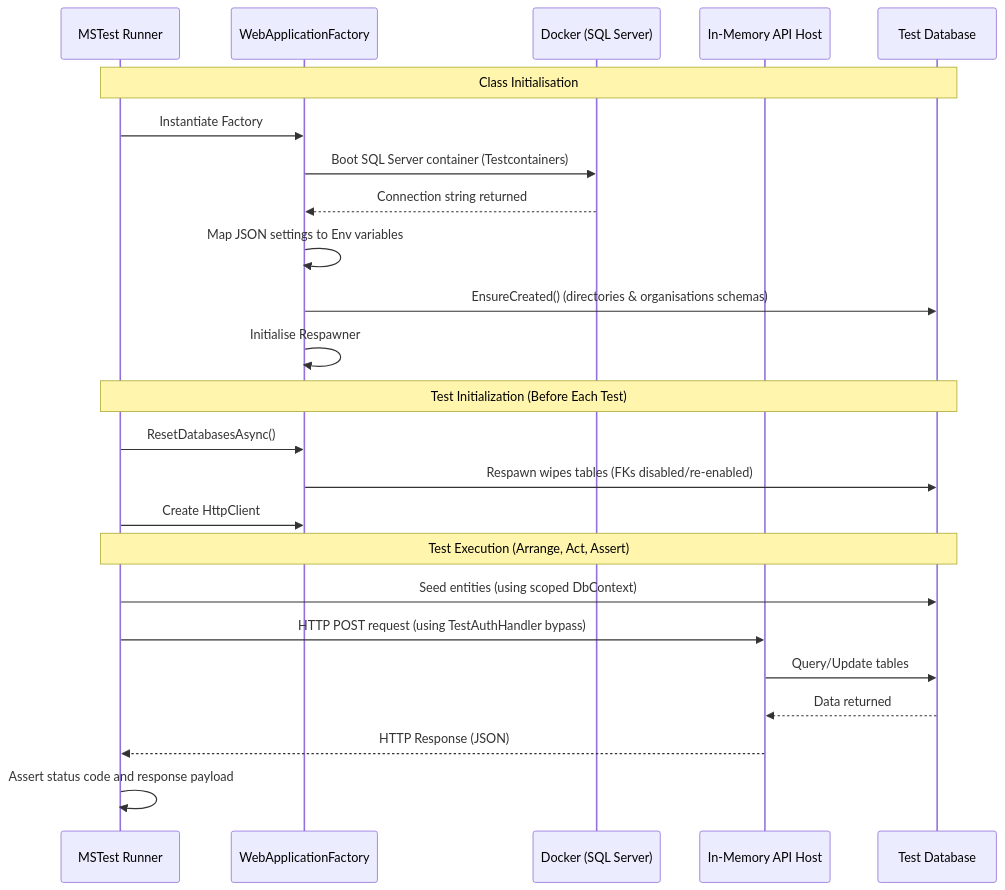
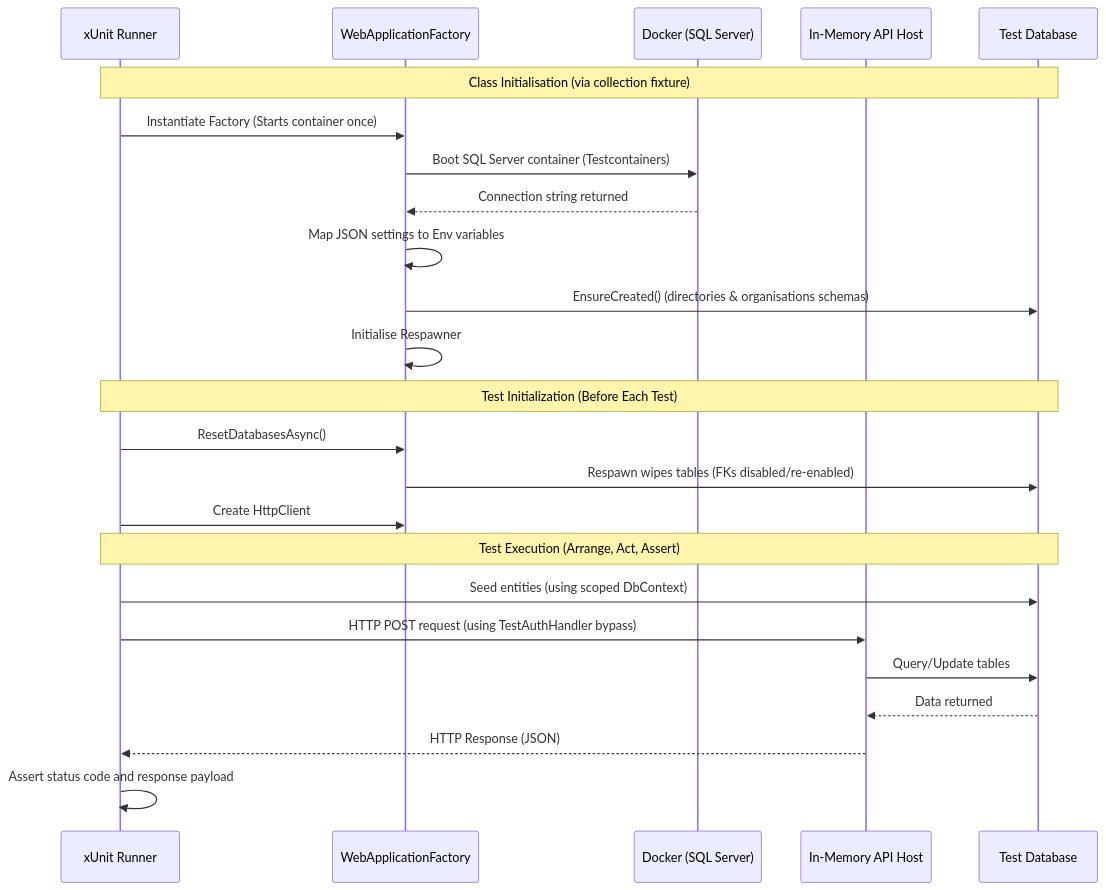
The diagram in tests/Dfe.SignIn.InternalApi.IntegrationTests/readme.md (DFE-Digital/dsi-platform), drawn with Mermaid before and after one commit. The commit also changed other lines of this file, not shown here.

````diff
--- a/tests/Dfe.SignIn.InternalApi.IntegrationTests/readme.md
+++ b/tests/Dfe.SignIn.InternalApi.IntegrationTests/readme.md
@@ -23,29 +23,29 @@
 ```mermaid
 sequenceDiagram
-    participant TestRunner as MSTest Runner
+    participant TestRunner as xUnit Runner
     participant Factory as WebApplicationFactory
     participant Container as Docker (SQL Server)
     participant API as In-Memory API Host
     participant Db as Test Database
 
-    Note over TestRunner,Db: Class Initialisation
-    TestRunner->>Factory: Instantiate Factory
+    Note over TestRunner,Db: Class Initialisation (via collection fixture)
+    TestRunner->>Factory: Instantiate Factory (Starts container once)
     Factory->>Container: Boot SQL Server container (Testcontainers)
     Container-->>Factory: Connection string returned
     Factory->>Factory: Map JSON settings to Env variables
     Factory->>Db: EnsureCreated() (directories & organisations schemas)
     Factory->>Factory: Initialise Respawner
 
     Note over TestRunner,Db: Test Initialization (Before Each Test)
     TestRunner->>Factory: ResetDatabasesAsync()
     Factory->>Db: Respawn wipes tables (FKs disabled/re-enabled)
     TestRunner->>Factory: Create HttpClient
 
     Note over TestRunner,Db: Test Execution (Arrange, Act, Assert)
     TestRunner->>Db: Seed entities (using scoped DbContext)
     TestRunner->>API: HTTP POST request (using TestAuthHandler bypass)
     API->>Db: Query/Update tables
     Db-->>API: Data returned
     API-->>TestRunner: HTTP Response (JSON)
     TestRunner->>TestRunner: Assert status code and response payload
 ```
````
